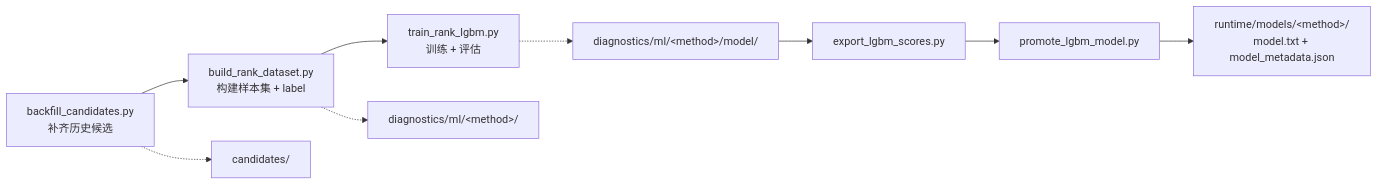
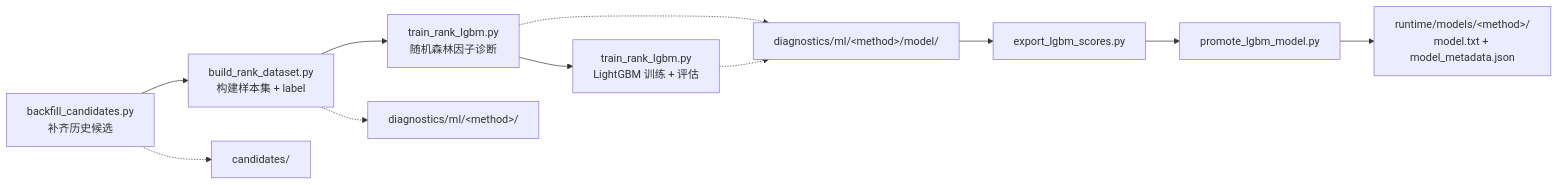
The diagram in docs/model.md (T0n0T/stock-select), drawn with Mermaid before and after one commit. The commit also changed other lines of this file and 3 other files, not shown here.

````diff
--- a/docs/model.md
+++ b/docs/model.md
@@ -9,13 +9,15 @@
 ```mermaid
 flowchart LR
     BC["backfill_candidates.py<br/>补齐历史候选"] --> BD["build_rank_dataset.py<br/>构建样本集 + label"]
-    BD --> TR["train_rank_lgbm.py<br/>训练 + 评估"]
+    BD --> RF["train_rank_lgbm.py<br/>随机森林因子诊断"]
+    RF --> TR["train_rank_lgbm.py<br/>LightGBM 训练 + 评估"]
 
     BC -.-> C["candidates/"]
     BD -.-> D["diagnostics/ml/&lt;method&gt;/"]
-    TR -.-> M["diagnostics/ml/&lt;method&gt;/model/"]
+    RF -.-> M["diagnostics/ml/&lt;method&gt;/model/"]
+    TR -.-> M
 
     M --> EXP["export_lgbm_scores.py"]
     EXP --> PROM["promote_lgbm_model.py"]
     PROM --> R["runtime/models/&lt;method&gt;/<br/>model.txt + model_metadata.json"]
 ```
````
